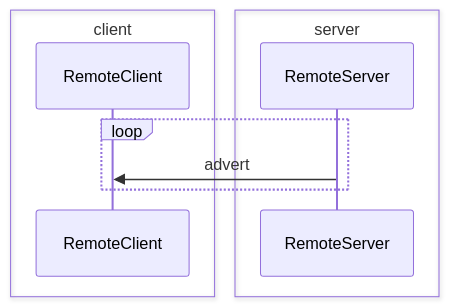
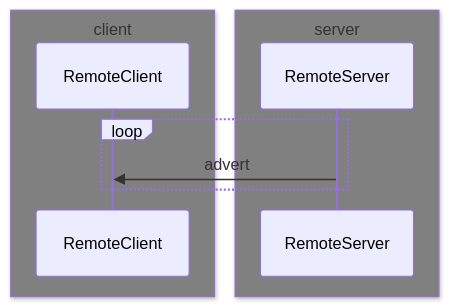
Before and after one commit to jbuehl/homealone: the diagram in docs/README.remote.md, drawn with Mermaid.

Commit message:
Add diagrams

````diff
--- a/docs/README.remote.md
+++ b/docs/README.remote.md
@@ -42,12 +42,12 @@
 ```mermaid
 sequenceDiagram
-	box client
+	box gray client
 	participant RemoteClient
 	end
-	box server
+	box gray server
 	participant RemoteServer
 	end
 	loop
 		RemoteServer ->> RemoteClient: advert
 	end
 ```
````
